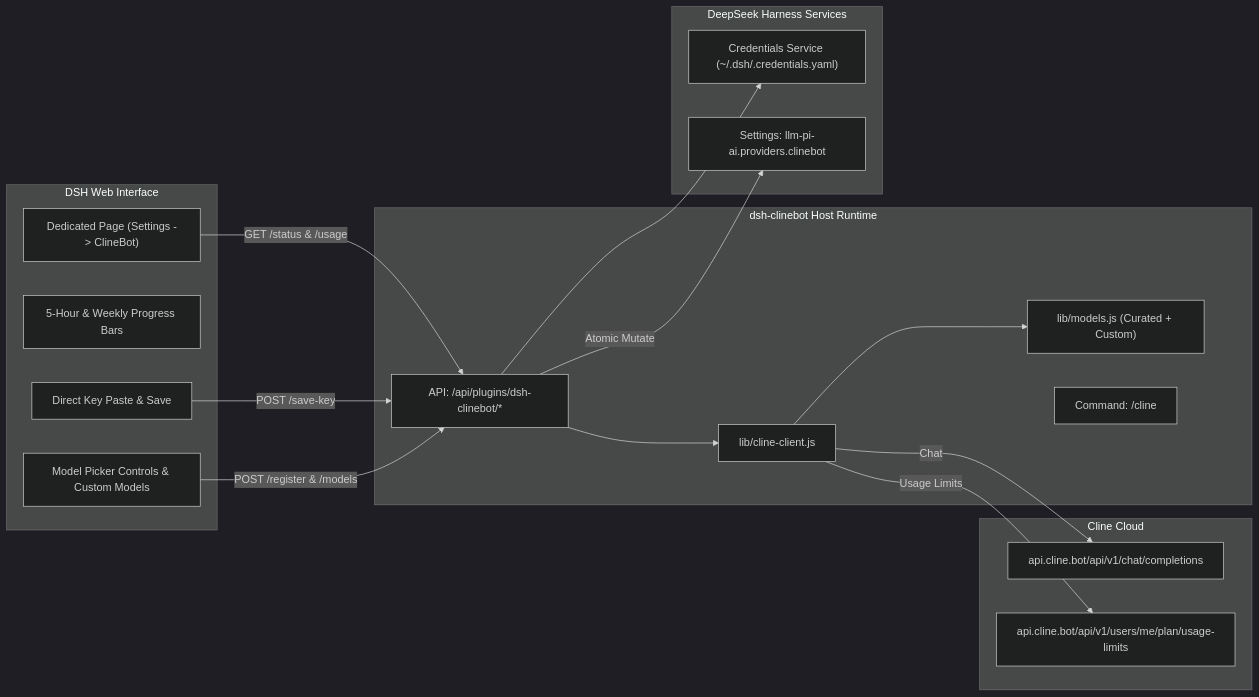
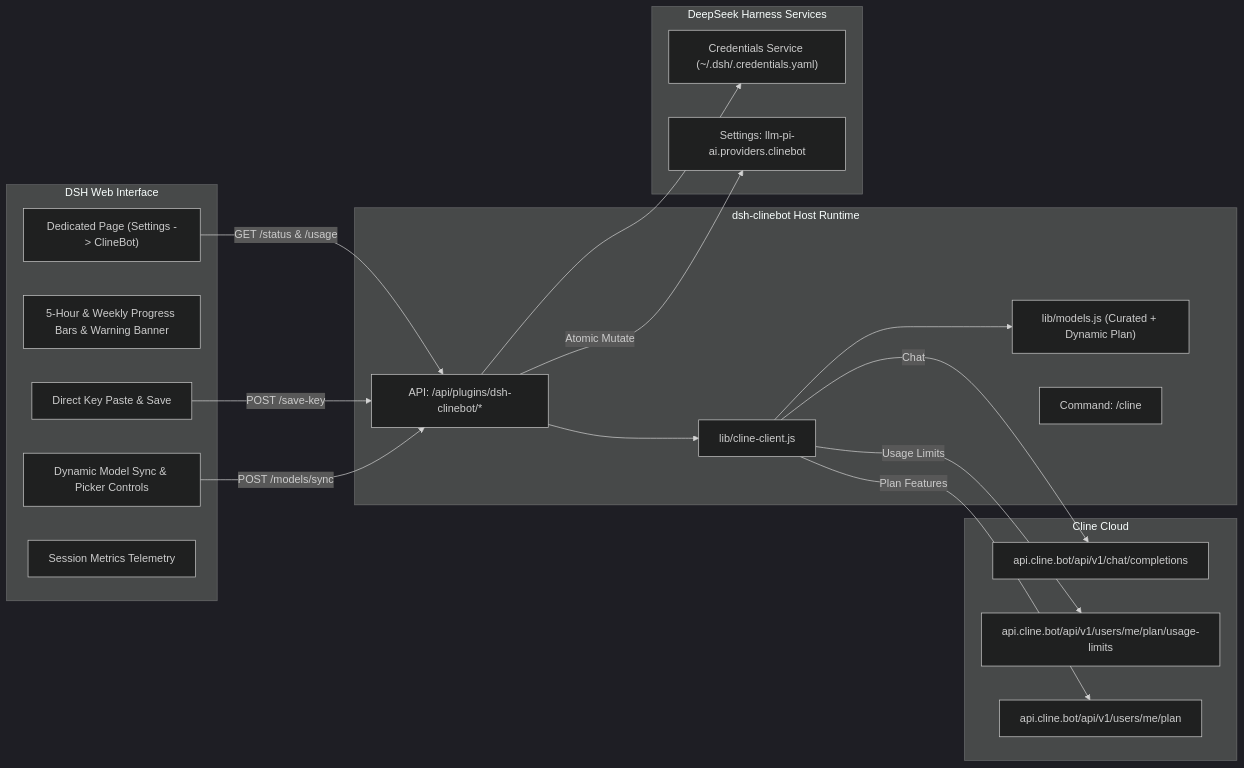
One commit to GooDAnDReaDY/dsh-clinebot changed the diagram in README.md. Above: the diagram before and after it, drawn with Mermaid (dark theme). The commit also changed other lines of this file and 11 other files, not shown here.

First line of the commit message:
feat: dynamic subscription models sync, quota exhaustion alerts, and session telemetry

````diff
--- a/README.md
+++ b/README.md
@@ -51,36 +53,39 @@
 ```mermaid
 graph LR
     subgraph UI [DSH Web Interface]
         Page["Dedicated Page (Settings -> ClineBot)"]
-        QuotaBar["5-Hour & Weekly Progress Bars"]
+        QuotaBar["5-Hour & Weekly Progress Bars & Warning Banner"]
         KeyInput["Direct Key Paste & Save"]
-        ModelPick["Model Picker Controls & Custom Models"]
+        ModelPick["Dynamic Model Sync & Picker Controls"]
+        StatsCard["Session Metrics Telemetry"]
     end
 
     subgraph PluginHost [dsh-clinebot Host Runtime]
         HttpEndpoints["API: /api/plugins/dsh-clinebot/*"]
         ClientCore["lib/cline-client.js"]
-        ModelCatalog["lib/models.js (Curated + Custom)"]
+        ModelCatalog["lib/models.js (Curated + Dynamic Plan)"]
         SlashCmd["Command: /cline"]
     end
 
     subgraph DSHCore [DeepSeek Harness Services]
         Credentials["Credentials Service (~/.dsh/.credentials.yaml)"]
         PiAi["Settings: llm-pi-ai.providers.clinebot"]
     end
 
     subgraph Upstream [Cline Cloud]
         ClinePass["api.cline.bot/api/v1/chat/completions"]
         ClineQuota["api.cline.bot/api/v1/users/me/plan/usage-limits"]
+        ClinePlan["api.cline.bot/api/v1/users/me/plan"]
     end
 
     Page -->|GET /status & /usage| HttpEndpoints
     KeyInput -->|POST /save-key| HttpEndpoints
-    ModelPick -->|POST /register & /models| HttpEndpoints
+    ModelPick -->|POST /models/sync| HttpEndpoints
     HttpEndpoints --> Credentials
     HttpEndpoints --> ClientCore
     ClientCore --> ModelCatalog
     HttpEndpoints -->|Atomic Mutate| PiAi
     ClientCore -->|Chat| ClinePass
     ClientCore -->|Usage Limits| ClineQuota
+    ClientCore -->|Plan Features| ClinePlan
 ```
````
